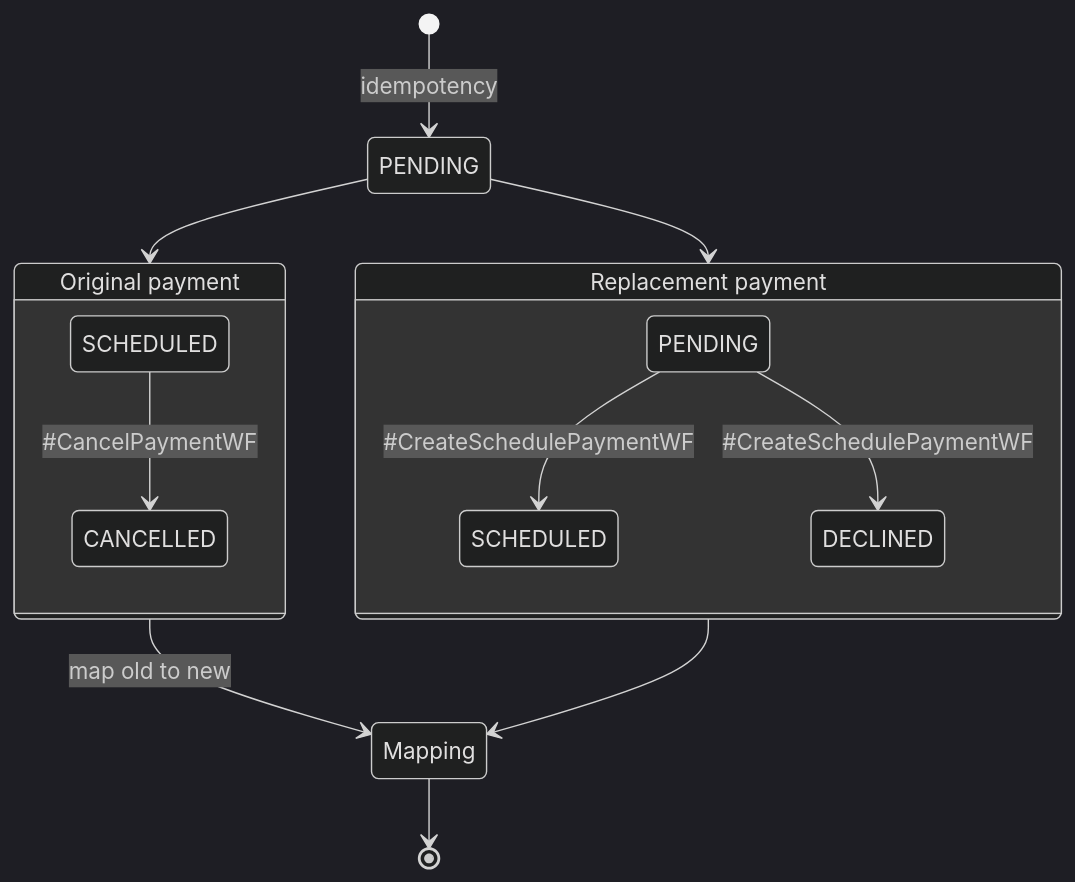
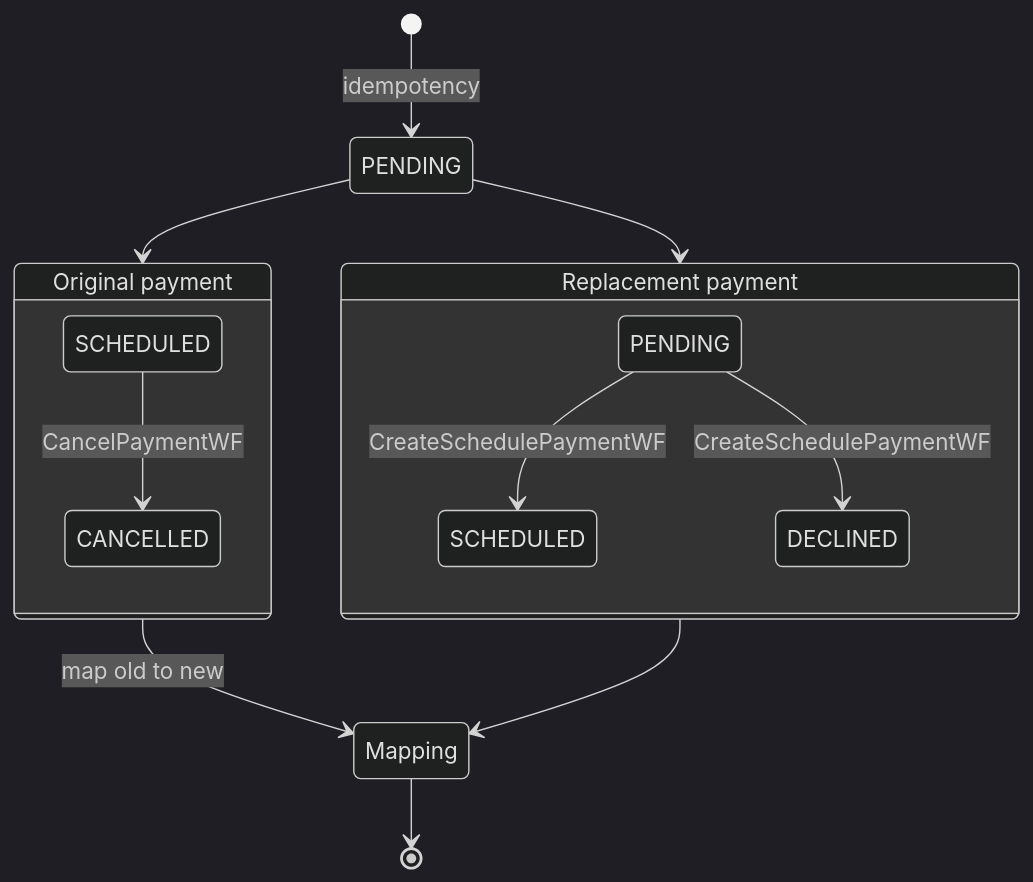
The sixth of 12 diagrams in website/docs/design/diagrams/state-diagram.md (arunav-bhattacharya/billpay-book), drawn with Mermaid (dark theme) before and after one commit. The commit also changed other lines of this file and 21 other files, not shown here.

````diff
--- a/website/docs/design/diagrams/state-diagram.md
+++ b/website/docs/design/diagrams/state-diagram.md
@@ -95,19 +95,19 @@
 ```mermaid
 stateDiagram-v2
   [*] --> PENDING: idempotency
   state "Original payment" as Orig {
-    SCHEDULED --> CANCELLED: #CancelPaymentWF
+    SCHEDULED --> CANCELLED: CancelPaymentWF
   }
   state "Replacement payment" as New {
     PENDING_new: PENDING
-    PENDING_new --> SCHEDULED_new: #CreateSchedulePaymentWF
-    PENDING_new --> DECLINED_new: #CreateSchedulePaymentWF
+    PENDING_new --> SCHEDULED_new: CreateSchedulePaymentWF
+    PENDING_new --> DECLINED_new: CreateSchedulePaymentWF
     SCHEDULED_new: SCHEDULED
     DECLINED_new: DECLINED
   }
   PENDING --> Orig
   PENDING --> New
   Orig --> Mapping: map old to new
   New --> Mapping
   Mapping --> [*]
 ```
````
